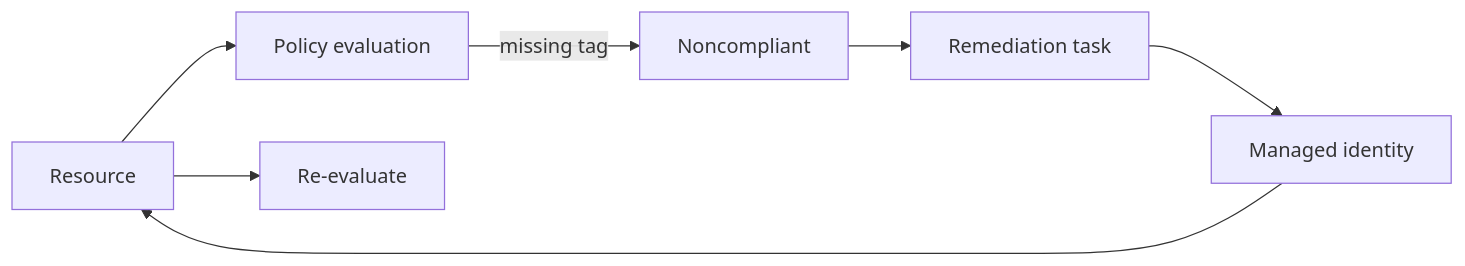
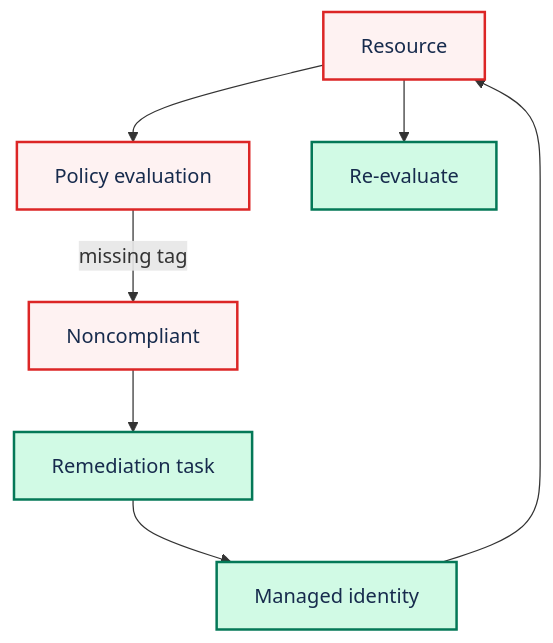
The diagram in site/content/docs/video-azure-policy-remediate-tags.md (Acestus/portfolio), drawn with Mermaid before and after one commit. The commit also changed 20 other files, not shown here.

Commit message:
Apply Mermaid and Pele style to video guides (#58)

````diff
--- a/site/content/docs/video-azure-policy-remediate-tags.md
+++ b/site/content/docs/video-azure-policy-remediate-tags.md
@@ -27,9 +27,15 @@
 ```mermaid
-flowchart LR
+flowchart TD
+  accTitle: Azure Policy that fixes missing tags
   R[Resource] --> P[Policy evaluation]
   P -->|missing tag| N[Noncompliant]
   N --> M[Remediation task]
   M --> I[Managed identity]
   I --> R
   R --> V[Re-evaluate]
+
+  classDef primary fill:#FEF2F2,stroke:#DC2626,color:#172B4D,stroke-width:2px
+  classDef secondary fill:#D1FAE5,stroke:#047857,color:#172B4D,stroke-width:2px
+  class R,P,N primary
+  class M,I,V secondary
 ```
````
